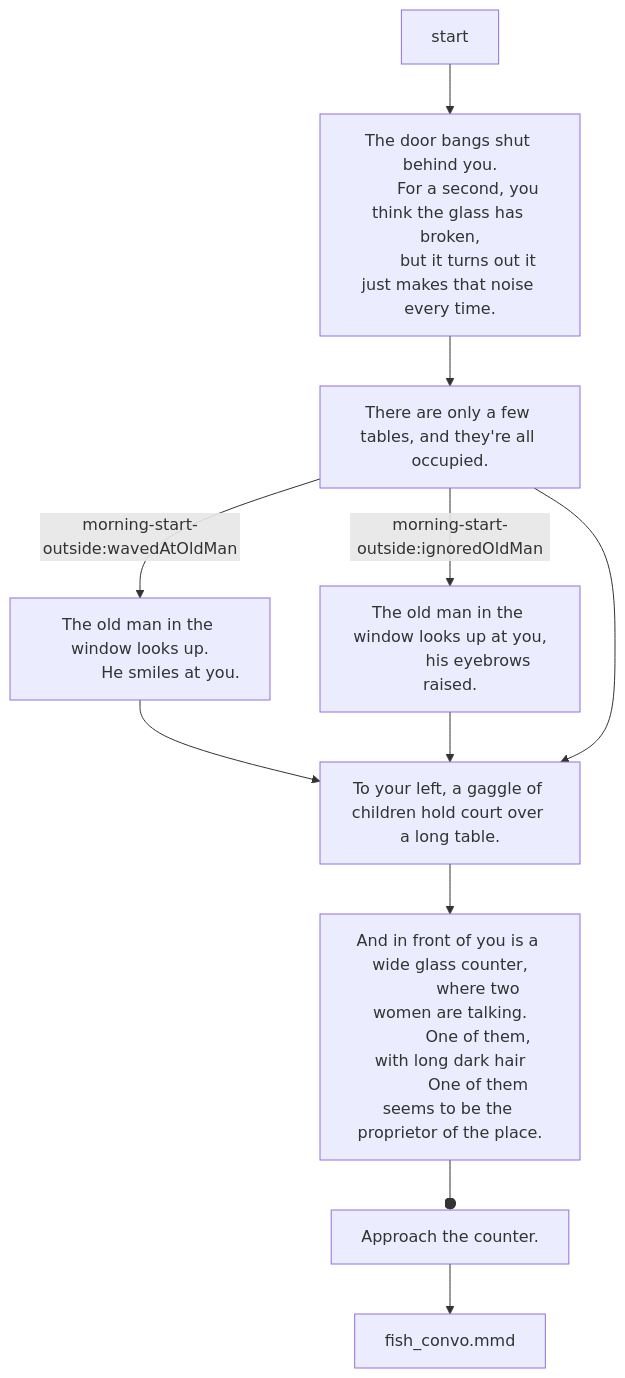
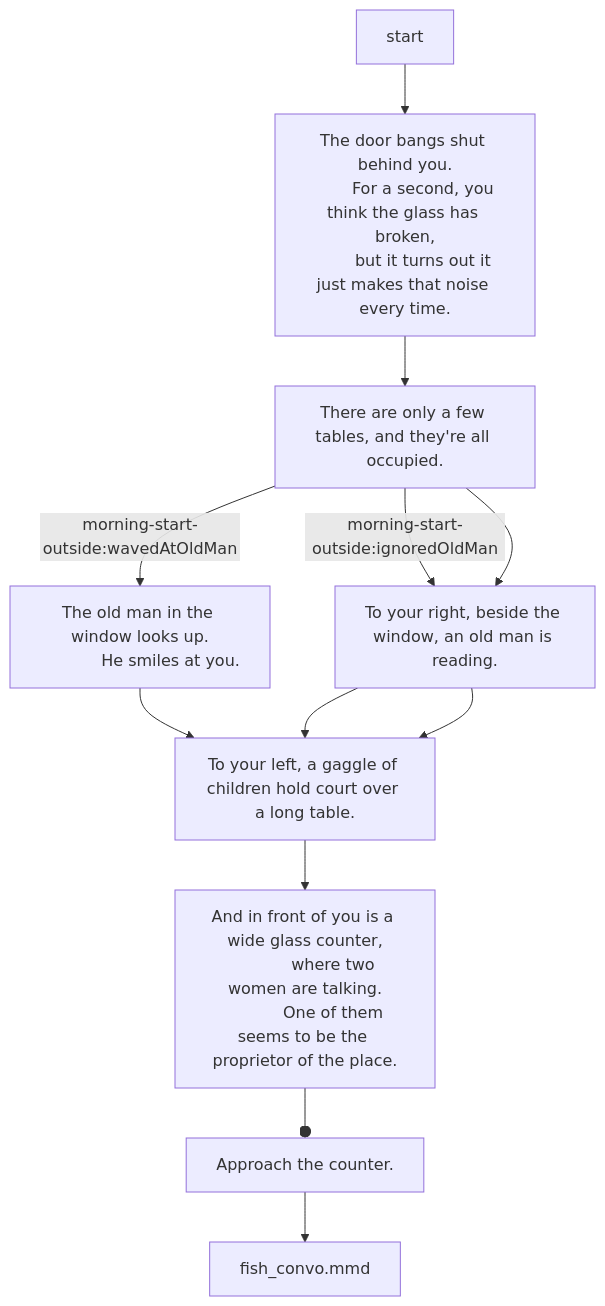
Before and after one commit to probablyduncan/cafe: the diagram in src/assets/scenes/morning-ordering.mmd, drawn with Mermaid. The commit also changed 12 other files, not shown here.

```diff
--- a/src/assets/scenes/morning-ordering.mmd
+++ b/src/assets/scenes/morning-ordering.mmd
@@ -1,55 +1,54 @@
 flowchart TD
 
     %% i[*You walk up to the counter, which is a wide glass case. Aside from an enamel bowl of tomatoes and a few loose tortillas, it's mostly empty.*]
     %% --> ii[*The woman behind the counter looks you up and down. She's old and her hair is all over the place. Like a hedgehog.*]
     %% --> iii[What can I get for you? *she asks.*]
     %% --> iv[*You don't see a menu anywhere.*]
 
     %% iv --o c1[What do you have?]
     %% --> c1-i[Oh!] --> c1-ii[*The woman looks behind her. There's a folding screen leaned up against the wall. She pulls it out next to the counter and unfolds it, revealing a thorough list of things that go in sandwiches.*] --> c1-c1[Read the list.] & c1-c2[Ask for ''the first thing'' on the list.]
 
     %% c1-c1 --> c1-c1-i[You try, but it's all jibberish to you. Oh yeah. You can't read.] --> c1-c1-ii[How could you forget?]
 
     %% iv --o c2[One cheese sandwhich, please.]
     
     %% iv --o c3[Coffee and a cigraette.]
     
     %% iv --o c4[*Tell her to surprise you.*]
     
     %% iv --o c5[Ask her what her name is.]
 
 
 
 
     start --> a[The door bangs shut behind you.
         For a second, you think the glass has broken,
         but it turns out it just makes that noise every time.]
         --> b[There are only a few tables, and they're all occupied.]
         
         b -->|morning-start-outside:wavedAtOldMan| ba[
             The old man in the window looks up.
             He smiles at you.
         ] --> c
 
         b -->|morning-start-outside:ignoredOldMan| bb[
             The old man in the window looks up at you,
             his eyebrows raised.
         ] --> c
 
-        b --> c
+        b --> bb[To your right, beside the window, an old man is reading.] --> c
 
         c[To your left, a gaggle of children hold court over a long table.]
         --> d[
             And in front of you is a wide glass counter,
             where two women are talking.
-            One of them, with long dark hair
             One of them seems to be the proprietor of the place.
         ]
         --o e[Approach the counter.] --> fish_convo.mmd
 
 
         %% and he slapped the fish, one after the other. And they flopped around, of course. they're chatting and you have to interrupt them or wait?
 
         %% once you've ordered, you have to choose where to sit.
         %% and I have to make it really easy to go take your food outside and be alone.
         %% but difficult/rewarding to sit down with some rando
```
